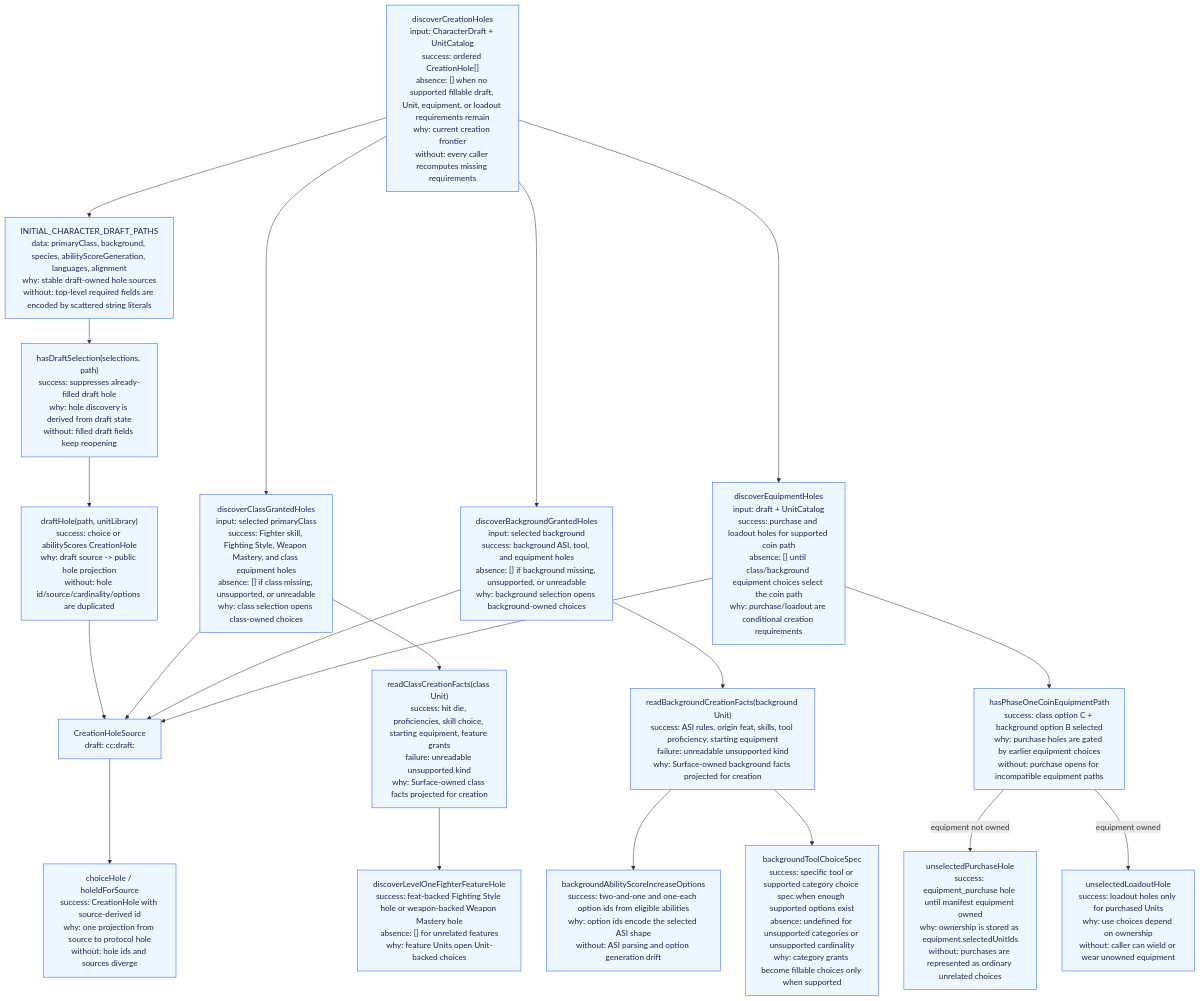
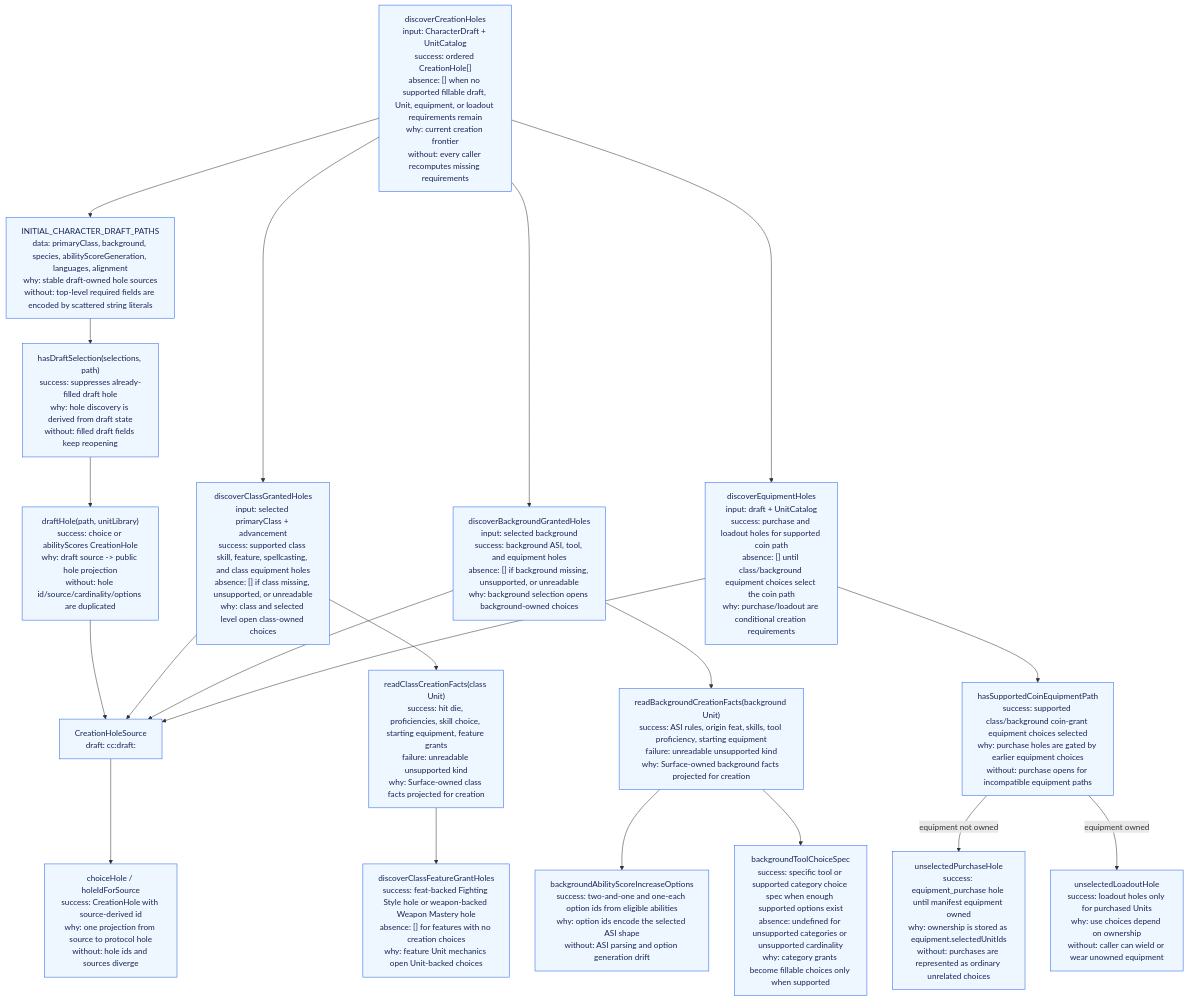
Before and after one commit to dearlordylord/5e-quint: the second of 3 diagrams in packages/character-creation-runtime/ARCHITECTURE_GRAPH.md, drawn with Mermaid. The commit also changed 21 other files, not shown here.

````diff
--- a/packages/character-creation-runtime/ARCHITECTURE_GRAPH.md
+++ b/packages/character-creation-runtime/ARCHITECTURE_GRAPH.md
@@ -83,41 +83,41 @@
 ```mermaid
 flowchart TD
   Discover["discoverCreationHoles<br/>input: CharacterDraft + UnitCatalog<br/>success: ordered CreationHole[]<br/>absence: [] when no supported fillable draft, Unit, equipment, or loadout requirements remain<br/>why: current creation frontier<br/>without: every caller recomputes missing requirements"]
   DraftPaths["INITIAL_CHARACTER_DRAFT_PATHS<br/>data: primaryClass, background, species, abilityScoreGeneration, languages, alignment<br/>why: stable draft-owned hole sources<br/>without: top-level required fields are encoded by scattered string literals"]
   DraftHole["draftHole(path, unitLibrary)<br/>success: choice or abilityScores CreationHole<br/>why: draft source -> public hole projection<br/>without: hole id/source/cardinality/options are duplicated"]
   HasDraftSelection["hasDraftSelection(selections, path)<br/>success: suppresses already-filled draft hole<br/>why: hole discovery is derived from draft state<br/>without: filled draft fields keep reopening"]
 
-  ClassGranted["discoverClassGrantedHoles<br/>input: selected primaryClass<br/>success: Fighter skill, Fighting Style, Weapon Mastery, and class equipment holes<br/>absence: [] if class missing, unsupported, or unreadable<br/>why: class selection opens class-owned choices"]
+  ClassGranted["discoverClassGrantedHoles<br/>input: selected primaryClass + advancement<br/>success: supported class skill, feature, spellcasting, and class equipment holes<br/>absence: [] if class missing, unsupported, or unreadable<br/>why: class and selected level open class-owned choices"]
   ReadClass["readClassCreationFacts(class Unit)<br/>success: hit die, proficiencies, skill choice, starting equipment, feature grants<br/>failure: unreadable unsupported kind<br/>why: Surface-owned class facts projected for creation"]
-  FeatureHole["discoverLevelOneFighterFeatureHole<br/>success: feat-backed Fighting Style hole or weapon-backed Weapon Mastery hole<br/>absence: [] for unrelated features<br/>why: feature Units open Unit-backed choices"]
+  FeatureHole["discoverClassFeatureGrantHoles<br/>success: feat-backed Fighting Style hole or weapon-backed Weapon Mastery hole<br/>absence: [] for features with no creation choices<br/>why: feature Unit mechanics open Unit-backed choices"]
 
   BackgroundGranted["discoverBackgroundGrantedHoles<br/>input: selected background<br/>success: background ASI, tool, and equipment holes<br/>absence: [] if background missing, unsupported, or unreadable<br/>why: background selection opens background-owned choices"]
   ReadBackground["readBackgroundCreationFacts(background Unit)<br/>success: ASI rules, origin feat, skills, tool proficiency, starting equipment<br/>failure: unreadable unsupported kind<br/>why: Surface-owned background facts projected for creation"]
   BackgroundAsi["backgroundAbilityScoreIncreaseOptions<br/>success: two-and-one and one-each option ids from eligible abilities<br/>why: option ids encode the selected ASI shape<br/>without: ASI parsing and option generation drift"]
   BackgroundTool["backgroundToolChoiceSpec<br/>success: specific tool or supported category choice spec when enough supported options exist<br/>absence: undefined for unsupported categories or unsupported cardinality<br/>why: category grants become fillable choices only when supported"]
 
   Equipment["discoverEquipmentHoles<br/>input: draft + UnitCatalog<br/>success: purchase and loadout holes for supported coin path<br/>absence: [] until class/background equipment choices select the coin path<br/>why: purchase/loadout are conditional creation requirements"]
-  CoinPath["hasPhaseOneCoinEquipmentPath<br/>success: class option C + background option B selected<br/>why: purchase holes are gated by earlier equipment choices<br/>without: purchase opens for incompatible equipment paths"]
+  CoinPath["hasSupportedCoinEquipmentPath<br/>success: supported class/background coin-grant equipment choices selected<br/>why: purchase holes are gated by earlier equipment choices<br/>without: purchase opens for incompatible equipment paths"]
   Purchase["unselectedPurchaseHole<br/>success: equipment_purchase hole until manifest equipment owned<br/>why: ownership is stored as equipment.selectedUnitIds<br/>without: purchases are represented as ordinary unrelated choices"]
   Loadout["unselectedLoadoutHole<br/>success: loadout holes only for purchased Units<br/>why: use choices depend on ownership<br/>without: caller can wield or wear unowned equipment"]
 
   Source["CreationHoleSource<br/>draft: cc:draft:<path><br/>unit: cc:unit:<unit id>:<choice key><br/>why: semantic source address for stable hole ids<br/>without: hole identity is arbitrary display text"]
   ChoiceHole["choiceHole / holeIdForSource<br/>success: CreationHole with source-derived id<br/>why: one projection from source to protocol hole<br/>without: hole ids and sources diverge"]
 
   Discover --> DraftPaths --> HasDraftSelection --> DraftHole
   Discover --> ClassGranted --> ReadClass --> FeatureHole
   Discover --> BackgroundGranted --> ReadBackground
   ReadBackground --> BackgroundAsi
   ReadBackground --> BackgroundTool
   Discover --> Equipment --> CoinPath
   CoinPath -->|equipment not owned| Purchase
   CoinPath -->|equipment owned| Loadout
   DraftHole --> Source
   ClassGranted --> Source
   BackgroundGranted --> Source
   Equipment --> Source
   Source --> ChoiceHole
 
   classDef implemented fill:#eef6ff,stroke:#2563eb,color:#172554;
   class Discover,DraftPaths,DraftHole,HasDraftSelection,ClassGranted,ReadClass,FeatureHole,BackgroundGranted,ReadBackground,BackgroundAsi,BackgroundTool,Equipment,CoinPath,Purchase,Loadout,Source,ChoiceHole implemented;
 ```
````
